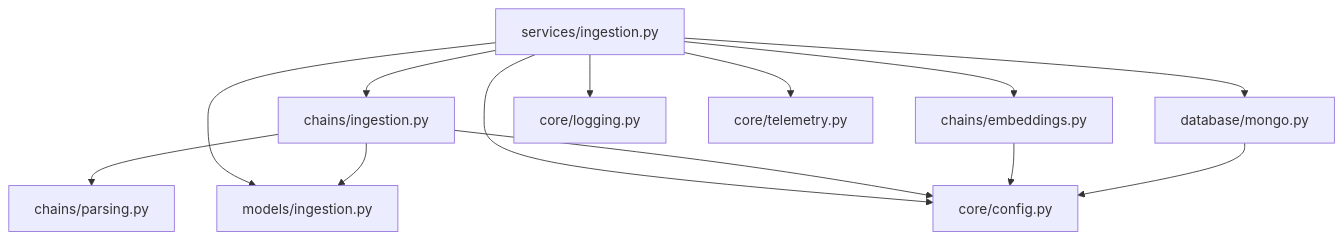
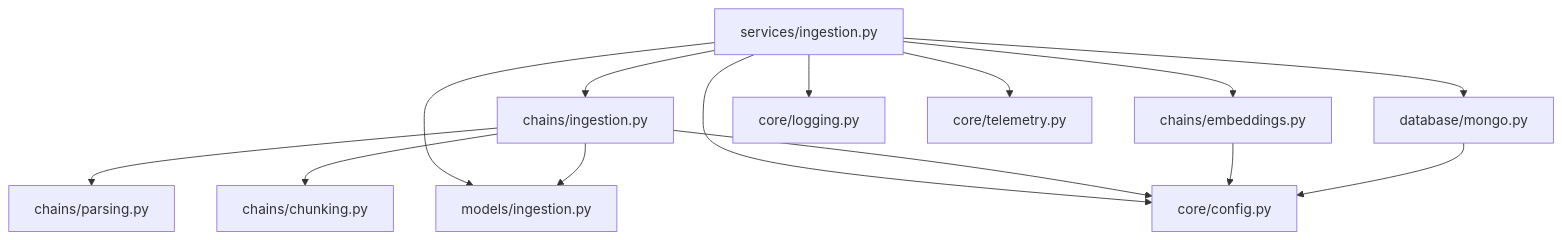
One commit to pankajshakya627/enterprise-ai-training changed the third of 8 diagrams in README.md. Above: the diagram before and after it, drawn with Mermaid. The commit also changed other lines of this file and 11 other files, not shown here.

````diff
--- a/README.md
+++ b/README.md
@@ -132,17 +137,18 @@
 ```mermaid
 flowchart TD
     SVC["services/ingestion.py"] --> CHAIN["chains/ingestion.py"]
     SVC --> EMB["chains/embeddings.py"]
     SVC --> DB["database/mongo.py"]
     SVC --> MODELS["models/ingestion.py"]
     SVC --> CFG["core/config.py"]
     SVC --> LOG["core/logging.py"]
     SVC --> TEL["core/telemetry.py"]
 
     CHAIN --> PARSE["chains/parsing.py"]
+    CHAIN --> CHUNKING["chains/chunking.py"]
     CHAIN --> MODELS
     CHAIN --> CFG
 
     EMB --> CFG
     DB --> CFG
 ```
````
